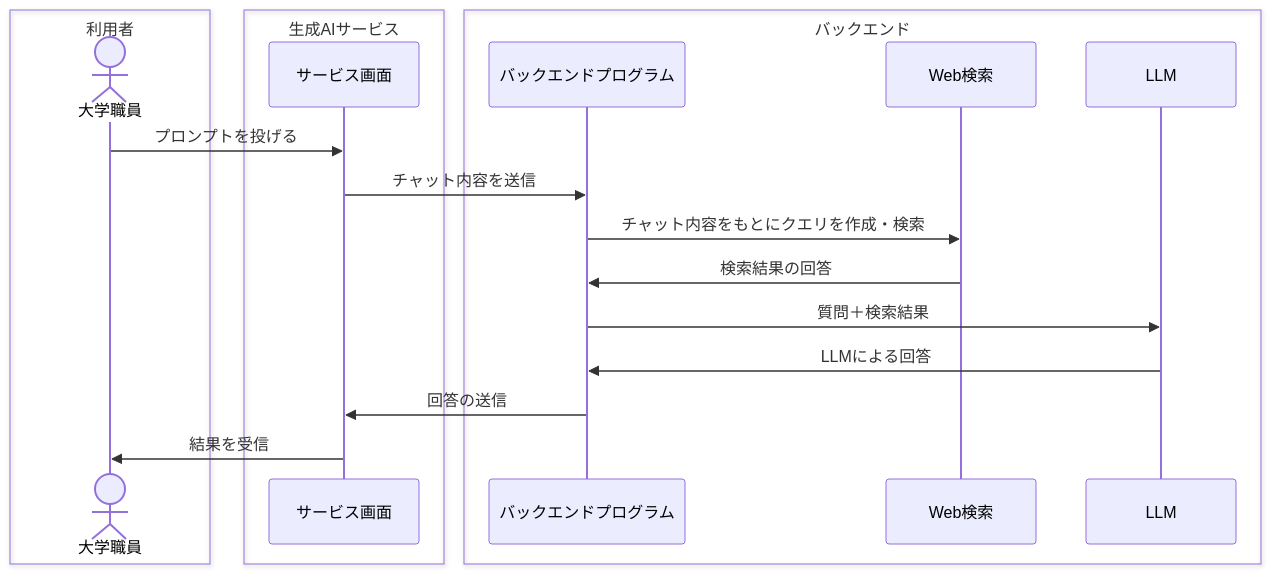
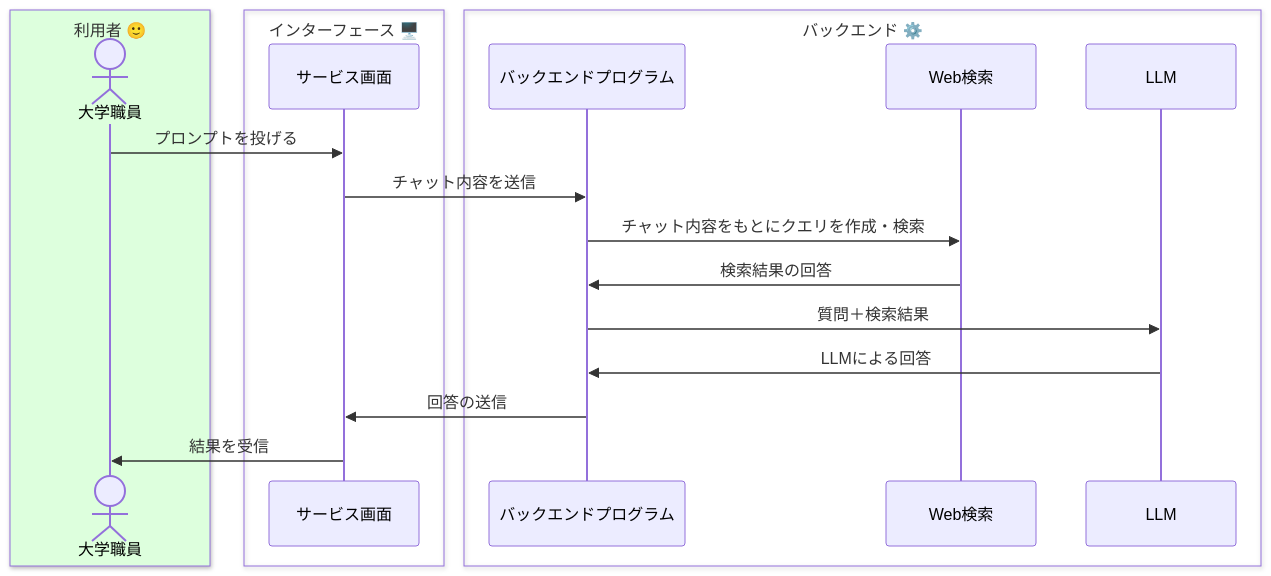
One commit to gmoriki/Prompt4Us changed the second of 3 diagrams in content/docs/guide_onestep/tool.md. Above: the diagram before and after it, drawn with Mermaid. The commit also changed other lines of this file and 14 other files, not shown here.

Commit message:
edit diagram

````diff
--- a/content/docs/guide_onestep/tool.md
+++ b/content/docs/guide_onestep/tool.md
@@ -41,22 +45,22 @@
 ```mermaid
     sequenceDiagram
-    box 利用者
+    box rgb(221,255,221) 利用者 🙂
     actor 大学職員
     end
-    box 生成AIサービス
+    box インターフェース 🖥️
     participant サービス画面
     end
-    box バックエンド
+    box バックエンド ⚙️
     participant バックエンドプログラム
     participant Web検索
     participant LLM
     end
     大学職員->>サービス画面: プロンプトを投げる
     サービス画面->>バックエンドプログラム: チャット内容を送信
     バックエンドプログラム->>Web検索: チャット内容をもとにクエリを作成・検索
     Web検索->>バックエンドプログラム: 検索結果の回答
     バックエンドプログラム->>LLM: 質問＋検索結果
     LLM->>バックエンドプログラム: LLMによる回答
     バックエンドプログラム->>サービス画面: 回答の送信
     サービス画面->>大学職員: 結果を受信
 ```
````
